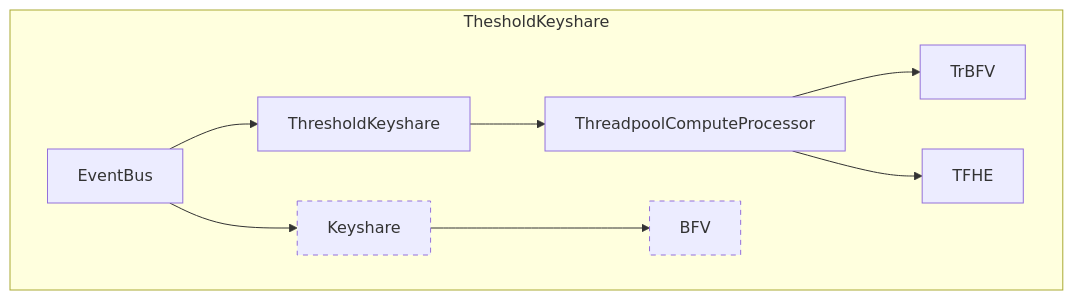
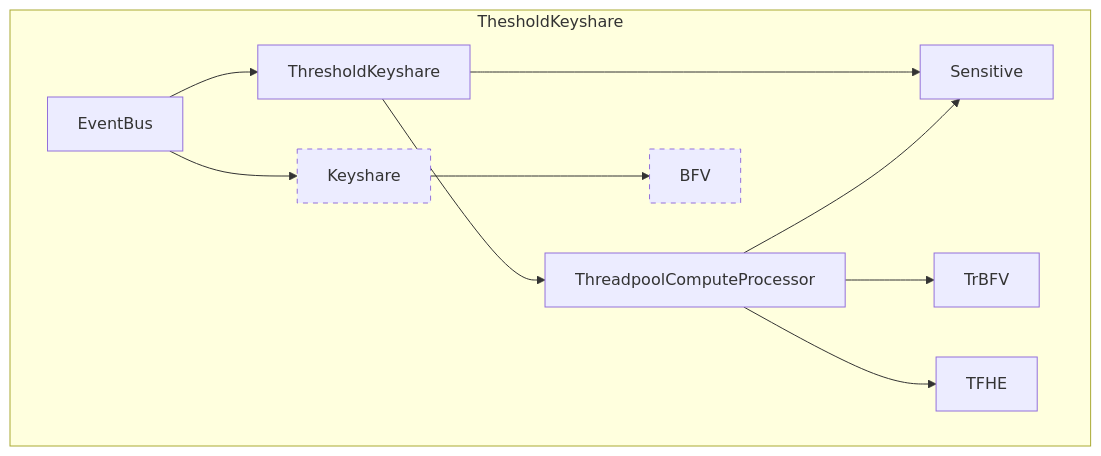
The diagram in crates/keyshare/KeyshareSystem.md (gnosisguild/enclave), drawn with Mermaid before and after one commit. The commit also changed other lines of this file and 2 other files, not shown here.

Commit message:
feat: update keyshare

````diff
--- a/crates/keyshare/KeyshareSystem.md
+++ b/crates/keyshare/KeyshareSystem.md
@@ -11,36 +13,41 @@
 ```mermaid
 flowchart TB
 	subgraph subGraph0["ThesholdKeyshare"]
 	    KS["ThresholdKeyshare"]
-	    KSL["Keyshare"]
+	    S["Sensitive"]
 	    EB["EventBus"]
 	    C["ThreadpoolComputeProcessor"]
 	    TRB["TrBFV"]
 	    TFHE["TFHE"]
 	    BFV["BFV"]
+	    KSL["Keyshare"]
 	end
-    EB --> KS & KSL
+    EB --> KS
     KS --> C
+    KS --> S
+    C --> TRB
+    C --> S
+	C --> TFHE
+	EB --> KSL
     KSL --> BFV
-    C --> TRB
-	C --> TFHE
 		
 	KS:::internal-link
 	KSL:::internal-link
 	EB:::internal-link
+	S:::internal-link
 	C:::internal-link
 	TRB:::internal-link
 	TFHE:::internal-link
 	BFV:::internal-link
 	
     style KSL stroke-width:1px,stroke-dasharray: 5
     style BFV stroke-width:1px,stroke-dasharray: 5
 
     click KS "http://github.com/gnosisguild/enclave/tree/main/crates/keyshare/docs/ThresholdKeyshare.md"
     click KSL "http://github.com/gnosisguild/enclave/tree/main/crates/keyshare/docs/Keyshare.md"
     click EB "http://github.com/gnosisguild/enclave/tree/main/crates/events/docs/EventBus.md"
     click C "http://github.com/gnosisguild/enclave/tree/main/crates/threadpool/docs/ThreadpoolComputeProcessor.md"
     click TRB "http://github.com/gnosisguild/enclave/tree/main/crates/fhe/docs/TrBFV.md"
     click TFHE "http://github.com/gnosisguild/enclave/tree/main/crates/fhe/docs/TFHE.md"
     click BFV "http://github.com/gnosisguild/enclave/tree/main/crates/fhe/docs/Bfv.md"
 ```
````
